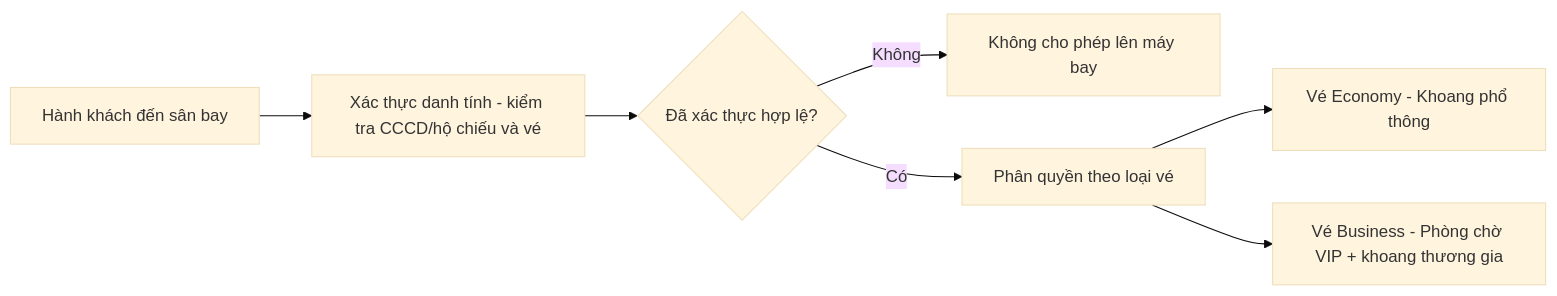
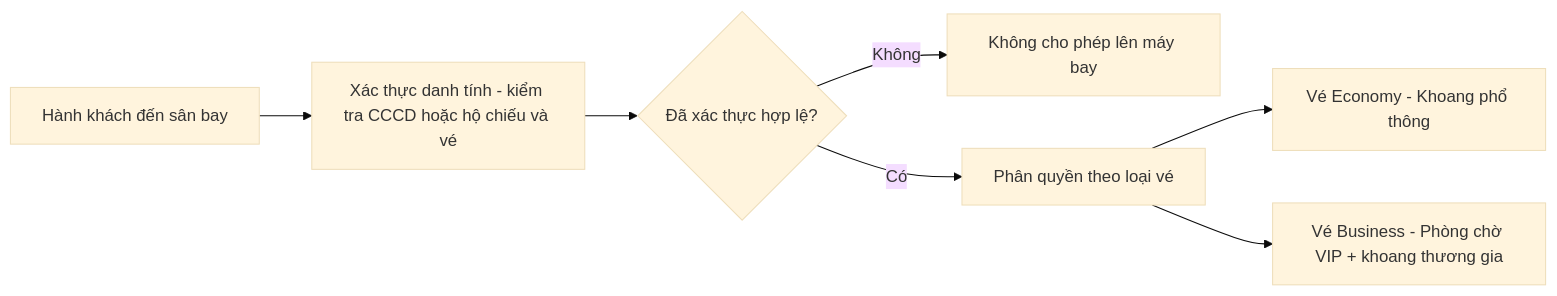
One commit to chicuong2k3/BlogtifyOpen changed the first of 3 diagrams in Blogtify/Blogtify.Client/Content/Posts/Security/2. Authentication và Authorization trong .NET.md. Above: the diagram before and after it, drawn with Mermaid (base theme). The commit also changed 84 other files, not shown here.

```diff
--- a/Blogtify/Blogtify.Client/Content/Posts/Security/2. Authentication và Authorization trong .NET.md
+++ b/Blogtify/Blogtify.Client/Content/Posts/Security/2. Authentication và Authorization trong .NET.md
@@ -35,9 +35,9 @@
 <div class="mermaid"> 
 flowchart LR
-    A[Hành khách đến sân bay] --> B[Xác thực danh tính - kiểm tra CCCD/hộ chiếu và vé]
+    A[Hành khách đến sân bay] --> B[Xác thực danh tính - kiểm tra CCCD hoặc hộ chiếu và vé]
     B --> C{Đã xác thực hợp lệ?}
     C -- Không --> D[Không cho phép lên máy bay]
     C -- Có --> E[Phân quyền theo loại vé]
     E --> F[Vé Economy - Khoang phổ thông]
     E --> G[Vé Business - Phòng chờ VIP + khoang thương gia]
 </div>
```
